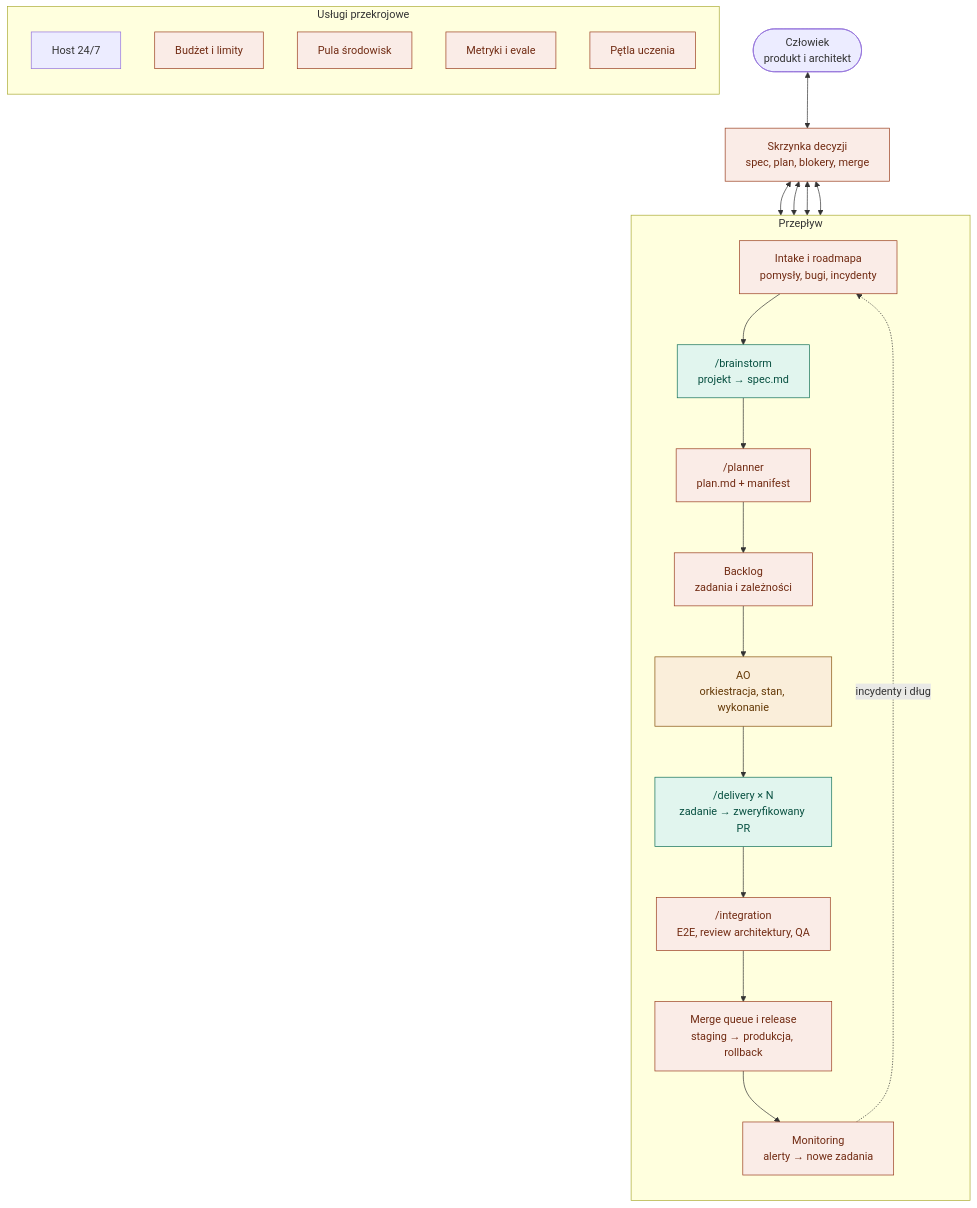
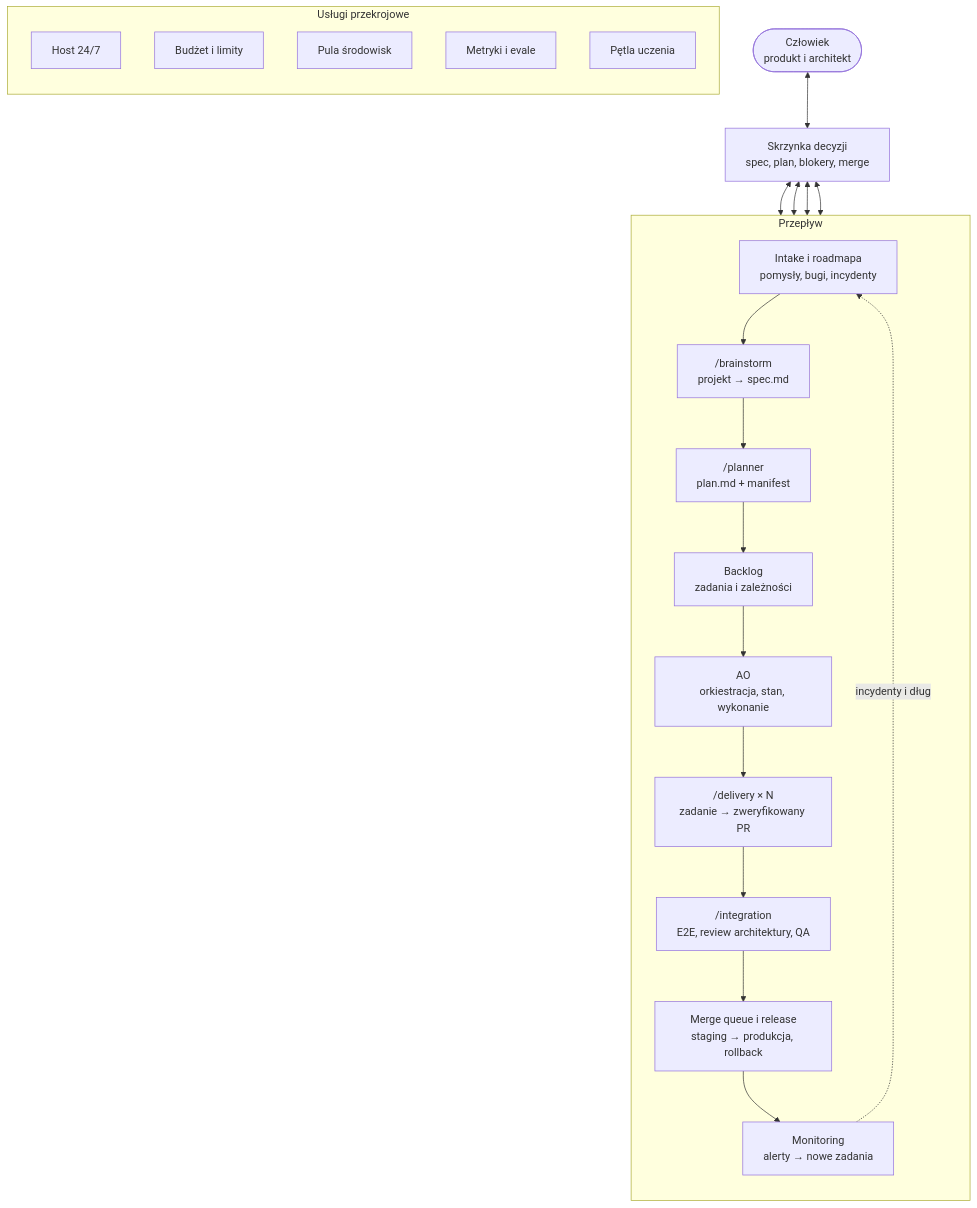
Before and after one commit to piotrp321/shop: the diagram in docs/adr/agentic-software-house.md, drawn with Mermaid. The commit also changed other lines of this file and 1 other file, not shown here.

Commit message:
docs: plan and backlog contract for the agentic software house

````diff
--- a/docs/adr/agentic-software-house.md
+++ b/docs/adr/agentic-software-house.md
@@ -17,42 +17,36 @@
 ```mermaid
 flowchart TB
     human([Człowiek<br/>produkt i architekt])
     inbox[Skrzynka decyzji<br/>spec, plan, blokery, merge]
 
     subgraph flow[Przepływ]
         direction TB
         intake[Intake i roadmapa<br/>pomysły, bugi, incydenty]
         brainstorm["/brainstorm<br/>projekt → spec.md"]
         planner["/planner<br/>plan.md + manifest"]
         backlog[Backlog<br/>zadania i zależności]
         ao[AO<br/>orkiestracja, stan, wykonanie]
         delivery["/delivery × N<br/>zadanie → zweryfikowany PR"]
         integration["/integration<br/>E2E, review architektury, QA"]
         release[Merge queue i release<br/>staging → produkcja, rollback]
         monitoring[Monitoring<br/>alerty → nowe zadania]
         intake --> brainstorm --> planner --> backlog --> ao --> delivery --> integration --> release --> monitoring
         monitoring -. incydenty i dług .-> intake
     end
 
     subgraph shared[Usługi przekrojowe]
         direction TB
         host[Host 24/7]
         budget[Budżet i limity]
         envs[Pula środowisk]
         metrics[Metryki i evale]
         learning[Pętla uczenia]
     end
 
     human <--> inbox
     inbox <--> brainstorm
     inbox <--> planner
     inbox <--> ao
     inbox <--> release
 
-    classDef done fill:#E1F5EE,stroke:#0F6E56,color:#085041
-    classDef partial fill:#FAEEDA,stroke:#854F0B,color:#633806
-    classDef missing fill:#FAECE7,stroke:#993C1D,color:#712B13
-    class brainstorm,delivery done
-    class ao partial
-    class intake,planner,backlog,integration,release,monitoring,inbox,budget,envs,metrics,learning missing
 ```
````
